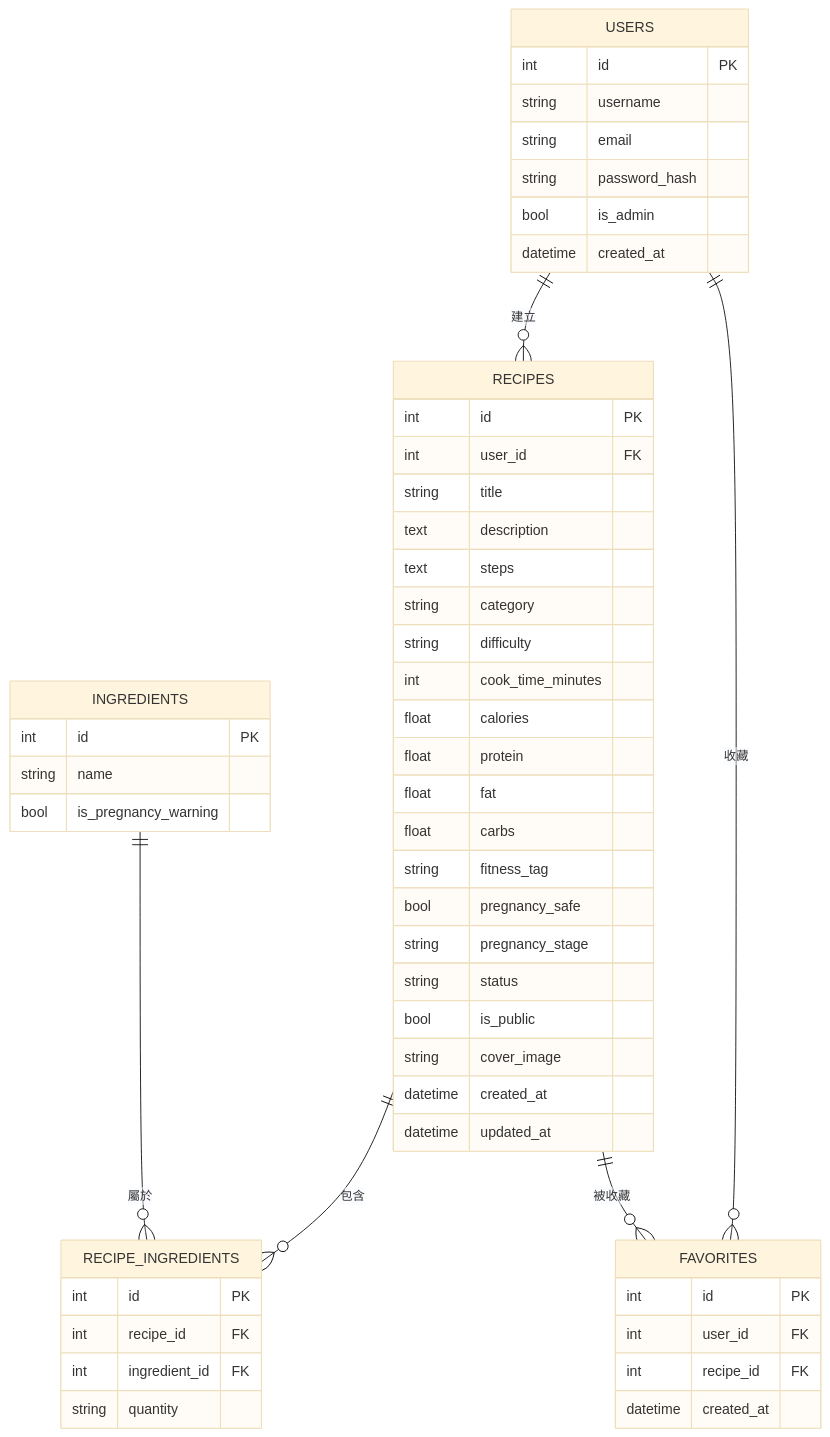
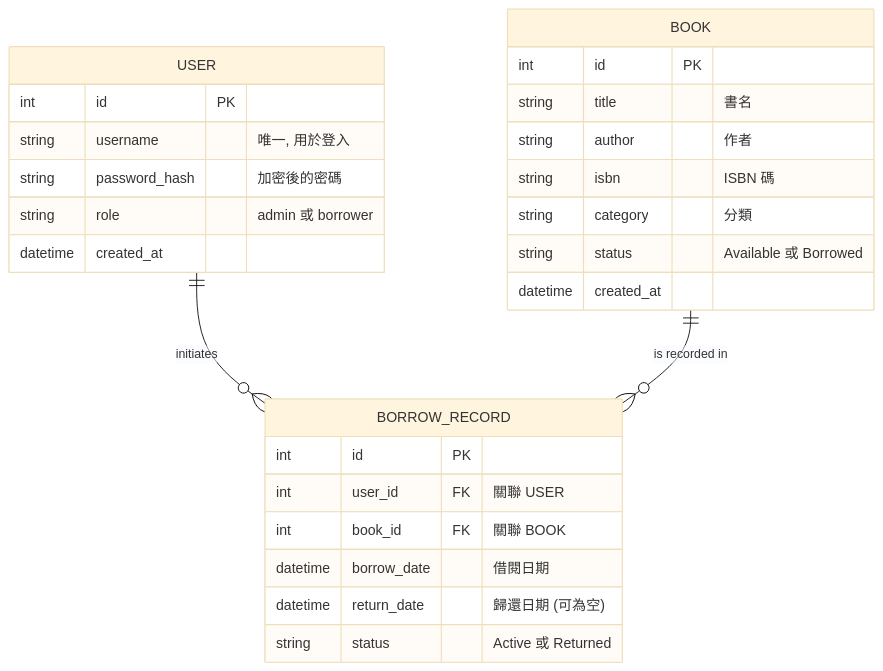
The diagram in docs/DB_DESIGN.md (d1420235o365/web_app_development), drawn with Mermaid (base theme) before and after one commit. The commit also changed other lines of this file and 5 other files, not shown here.

Commit message:
feat: add database schema and models

````diff
--- a/docs/DB_DESIGN.md
+++ b/docs/DB_DESIGN.md
@@ -9,60 +7,32 @@
 ```mermaid
 erDiagram
-    USERS {
+    USER ||--o{ BORROW_RECORD : "initiates"
+    BOOK ||--o{ BORROW_RECORD : "is recorded in"
+    
+    USER {
         int id PK
-        string username
-        string email
-        string password_hash
-        bool is_admin
+        string username "唯一, 用於登入"
+        string password_hash "加密後的密碼"
+        string role "admin 或 borrower"
         datetime created_at
     }
-
-    RECIPES {
+    
+    BOOK {
         int id PK
-        int user_id FK
-        string title
-        text description
-        text steps
-        string category
-        string difficulty
-        int cook_time_minutes
-        float calories
-        float protein
-        float fat
-        float carbs
-        string fitness_tag
-        bool pregnancy_safe
-        string pregnancy_stage
-        string status
-        bool is_public
-        string cover_image
-        datetime created_at
-        datetime updated_at
-    }
-
-    INGREDIENTS {
-        int id PK
-        string name
-        bool is_pregnancy_warning
-    }
-
-    RECIPE_INGREDIENTS {
-        int id PK
-        int recipe_id FK
-        int ingredient_id FK
-        string quantity
-    }
-
-    FAVORITES {
-        int id PK
-        int user_id FK
-        int recipe_id FK
+        string title "書名"
+        string author "作者"
+        string isbn "ISBN 碼"
+        string category "分類"
+        string status "Available 或 Borrowed"
         datetime created_at
     }
-
-    USERS ||--o{ RECIPES : "建立"
-    USERS ||--o{ FAVORITES : "收藏"
-    RECIPES ||--o{ RECIPE_INGREDIENTS : "包含"
-    INGREDIENTS ||--o{ RECIPE_INGREDIENTS : "屬於"
-    RECIPES ||--o{ FAVORITES : "被收藏"
+    
+    BORROW_RECORD {
+        int id PK
+        int user_id FK "關聯 USER"
+        int book_id FK "關聯 BOOK"
+        datetime borrow_date "借閱日期"
+        datetime return_date "歸還日期 (可為空)"
+        string status "Active 或 Returned"
+    }
 ```
````
